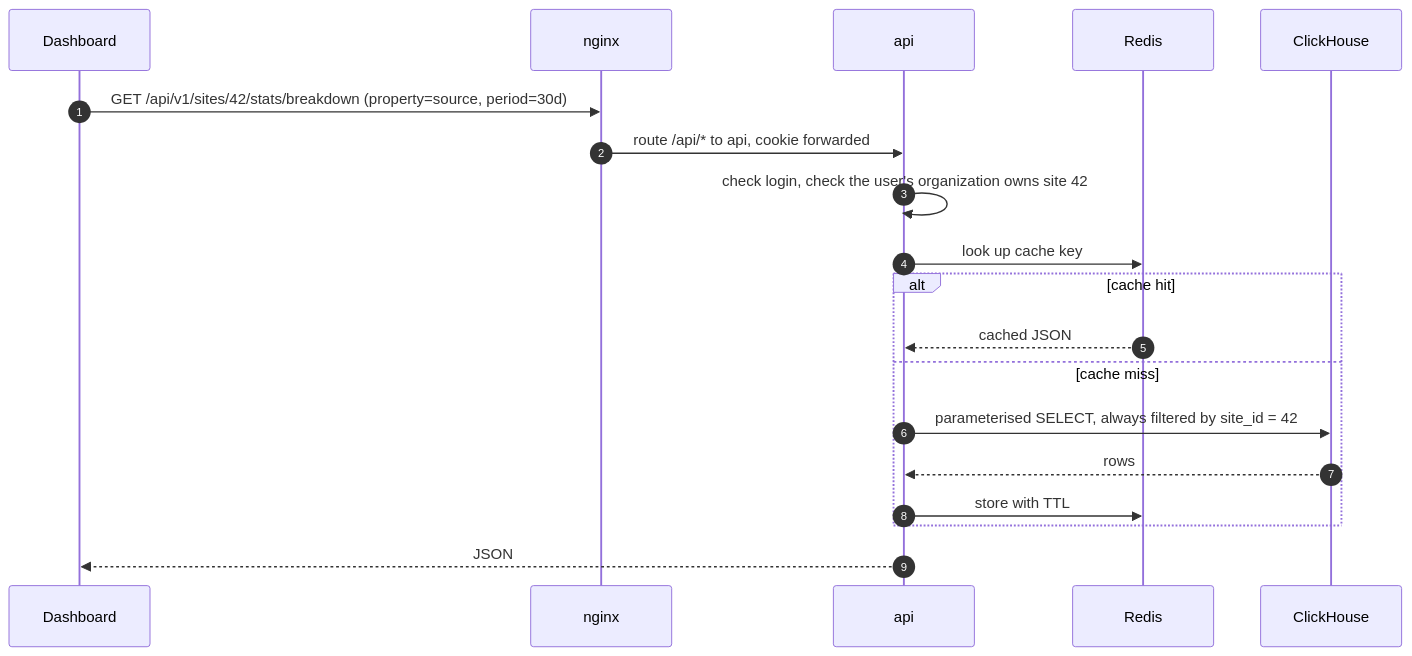
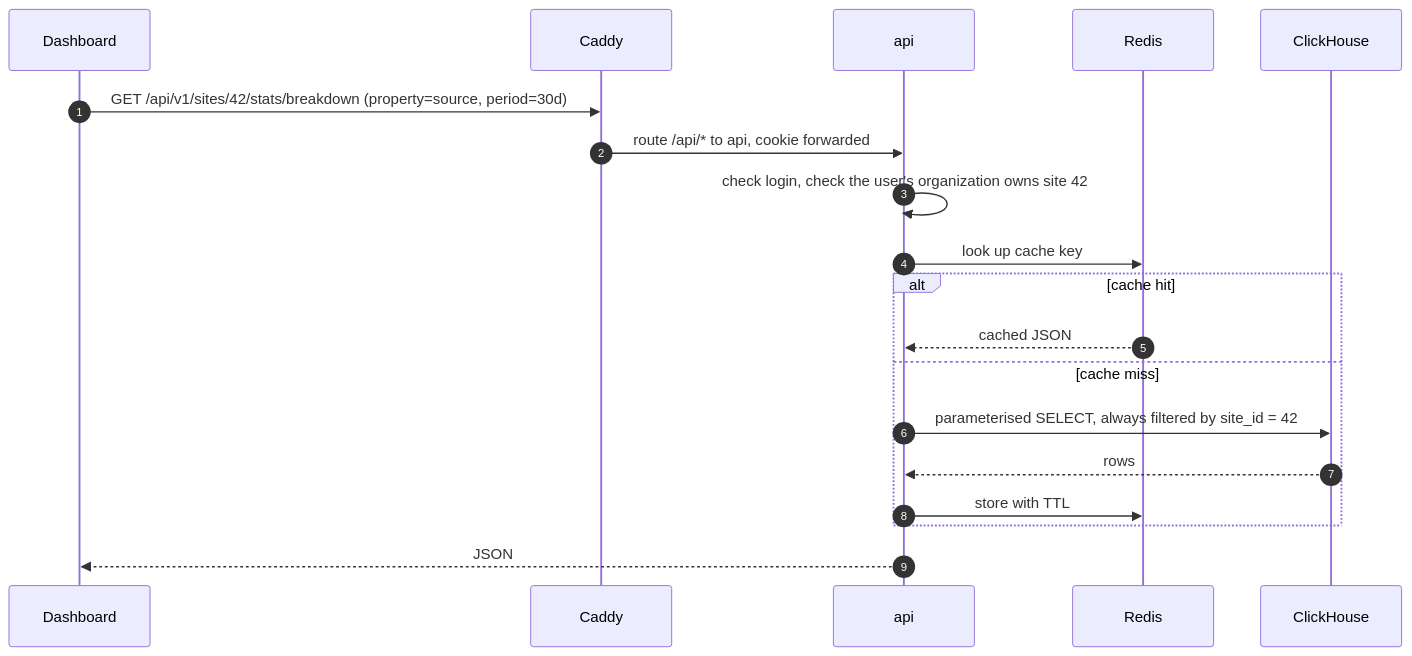
One commit to AntonBurduzha/mieru changed the seventh of 8 diagrams in docs/architecture.md. Above: the diagram before and after it, drawn with Mermaid. The commit also changed other lines of this file and 14 other files, not shown here.

First line of the commit message:
build(ops): caddy replaces nginx and certbot in front of the prod stack

````diff
--- a/docs/architecture.md
+++ b/docs/architecture.md
@@ -493,22 +493,22 @@
 ```mermaid
 sequenceDiagram
     autonumber
     participant B as Dashboard
-    participant N as nginx
+    participant N as Caddy
     participant A as api
     participant R as Redis
     participant C as ClickHouse
 
     B->>N: GET /api/v1/sites/42/stats/breakdown (property=source, period=30d)
     N->>A: route /api/* to api, cookie forwarded
     A->>A: check login, check the user's organization owns site 42
     A->>R: look up cache key
     alt cache hit
         R-->>A: cached JSON
     else cache miss
         A->>C: parameterised SELECT, always filtered by site_id = 42
         C-->>A: rows
         A->>R: store with TTL
     end
     A-->>B: JSON
 ```
````
